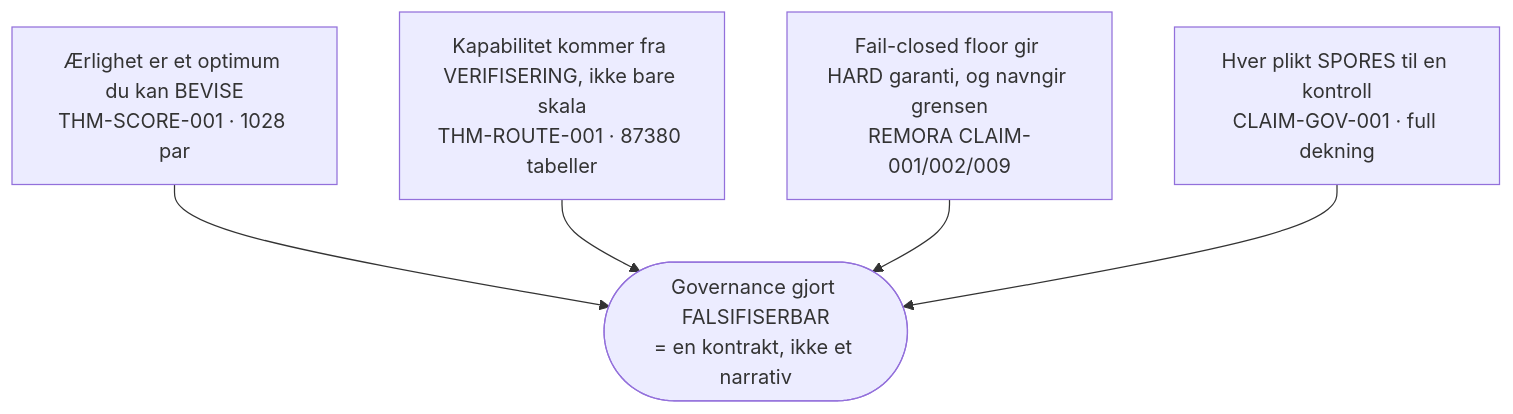
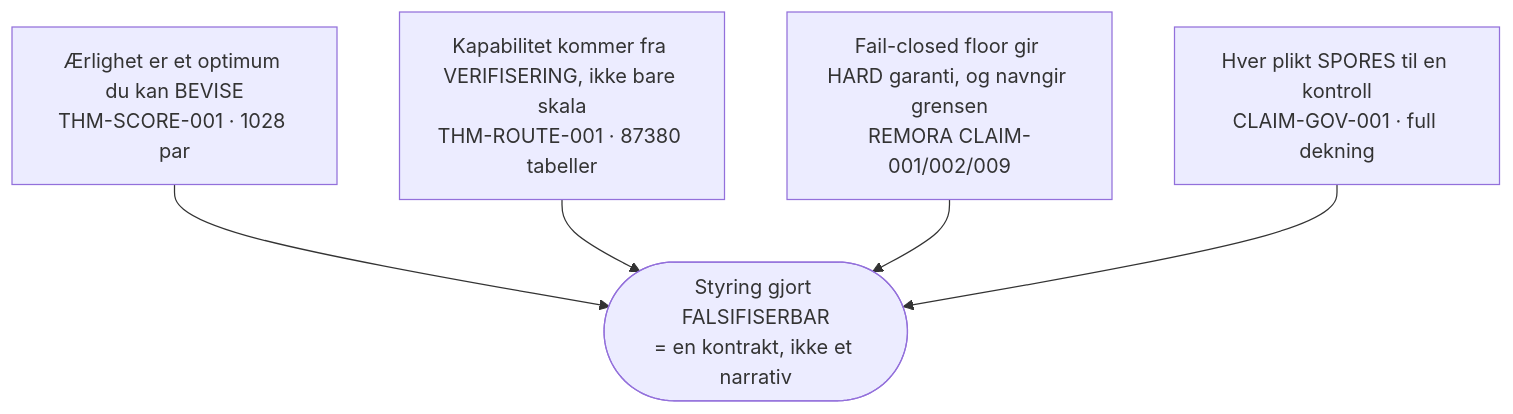
Before and after one commit to darklordVirtual/vericlaim: the second of 20 diagrams in docs/governance/frontier-ai-governance-master_NO_nb.md, drawn with Mermaid. The commit also changed other lines of this file and 14 other files, not shown here.

````diff
--- a/docs/governance/frontier-ai-governance-master_NO_nb.md
+++ b/docs/governance/frontier-ai-governance-master_NO_nb.md
@@ -158,8 +158,8 @@
 ```mermaid
 flowchart TB
     A["Ærlighet er et optimum du kan BEVISE<br/>THM-SCORE-001 · 1028 par"] --> E
     B["Kapabilitet kommer fra VERIFISERING, ikke bare skala<br/>THM-ROUTE-001 · 87380 tabeller"] --> E
     C["Fail-closed floor gir HARD garanti, og navngir grensen<br/>REMORA CLAIM-001/002/009"] --> E
     D["Hver plikt SPORES til en kontroll<br/>CLAIM-GOV-001 · full dekning"] --> E
-    E(["Governance gjort FALSIFISERBAR<br/>= en kontrakt, ikke et narrativ"])
+    E(["Styring gjort FALSIFISERBAR<br/>= en kontrakt, ikke et narrativ"])
 ```
````
